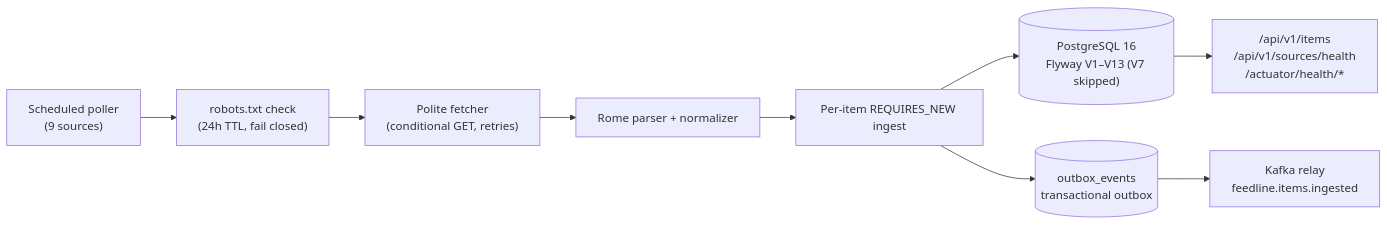
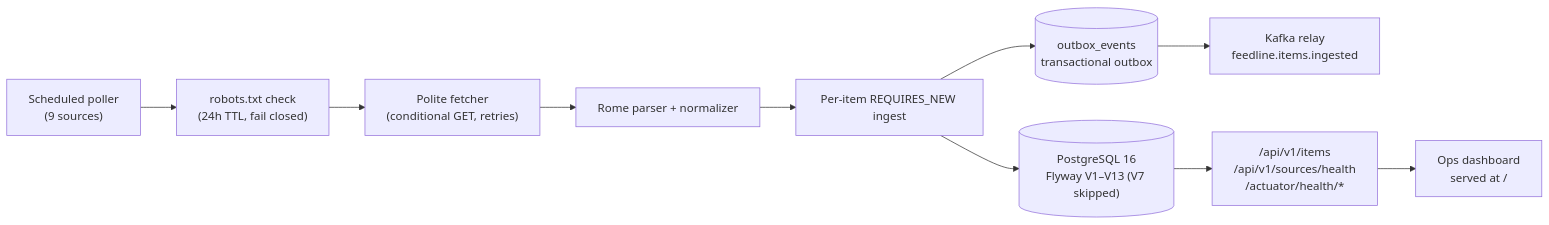
The diagram in README.md (kopekijay11-hub/feedline), drawn with Mermaid before and after one commit. The commit also changed other lines of this file, not shown here.

````diff
--- a/README.md
+++ b/README.md
@@ -51,11 +25,12 @@
 ```mermaid
 flowchart LR
     S["Scheduled poller<br/>(9 sources)"] --> R["robots.txt check<br/>(24h TTL, fail closed)"]
     R --> F["Polite fetcher<br/>(conditional GET, retries)"]
     F --> P["Rome parser + normalizer"]
     P --> I["Per-item REQUIRES_NEW ingest"]
     I --> DB[("PostgreSQL 16<br/>Flyway V1–V13 (V7 skipped)")]
     I --> O[("outbox_events<br/>transactional outbox")]
     O --> K["Kafka relay<br/>feedline.items.ingested"]
     DB --> A["/api/v1/items<br/>/api/v1/sources/health<br/>/actuator/health/*"]
+    A --> D["Ops dashboard<br/>served at /"]
 ```
````
